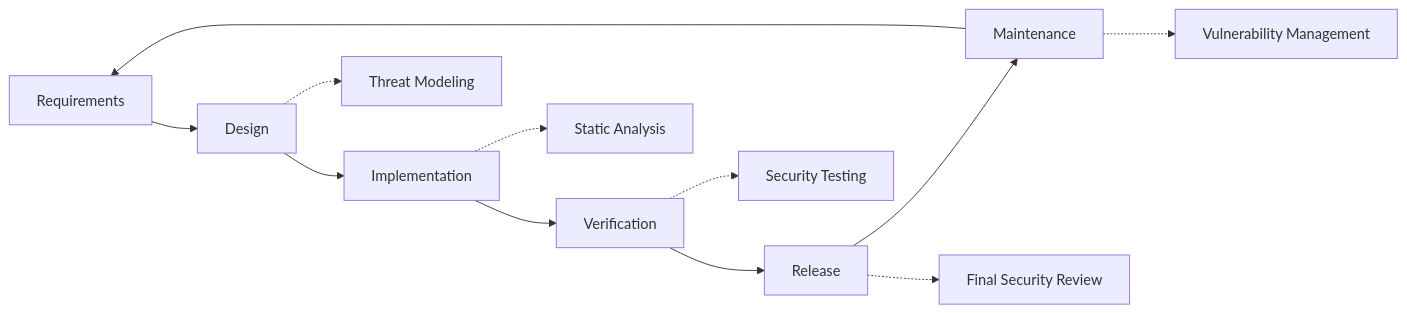
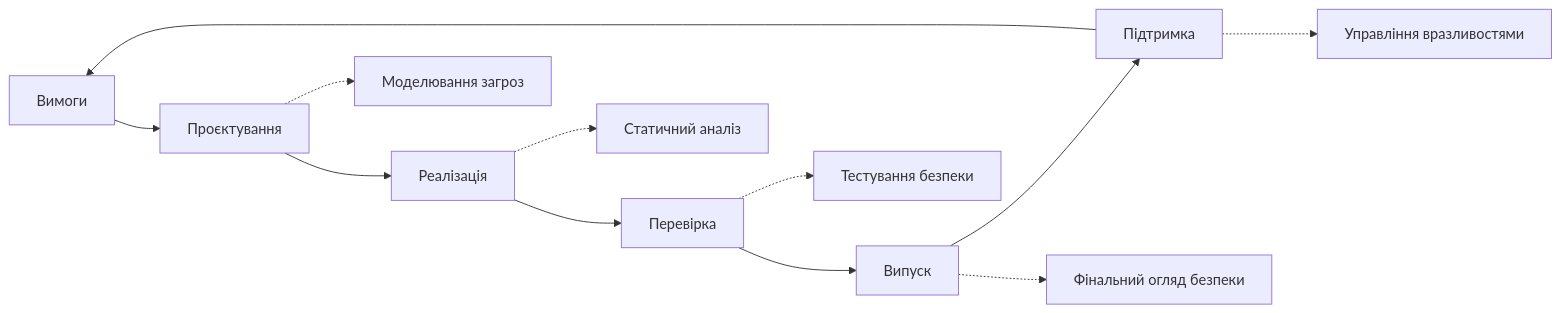
One commit to forwardemail/forwardemail.net changed the diagram in app/views/security/index-uk.md. Above: the diagram before and after it, drawn with Mermaid. The commit also changed other lines of this file and 1055 other files, not shown here.

````diff
--- a/app/views/security/index-uk.md
+++ b/app/views/security/index-uk.md
@@ -157,14 +165,14 @@
 ```mermaid
 flowchart LR
-    A[Requirements] --> B[Design]
-    B --> C[Implementation]
-    C --> D[Verification]
-    D --> E[Release]
-    E --> F[Maintenance]
+    A[Вимоги] --> B[Проєктування]
+    B --> C[Реалізація]
+    C --> D[Перевірка]
+    D --> E[Випуск]
+    E --> F[Підтримка]
     F --> A
-    B -.-> G[Threat Modeling]
-    C -.-> H[Static Analysis]
-    D -.-> I[Security Testing]
-    E -.-> J[Final Security Review]
-    F -.-> K[Vulnerability Management]
+    B -.-> G[Моделювання загроз]
+    C -.-> H[Статичний аналіз]
+    D -.-> I[Тестування безпеки]
+    E -.-> J[Фінальний огляд безпеки]
+    F -.-> K[Управління вразливостями]
 ```
````
